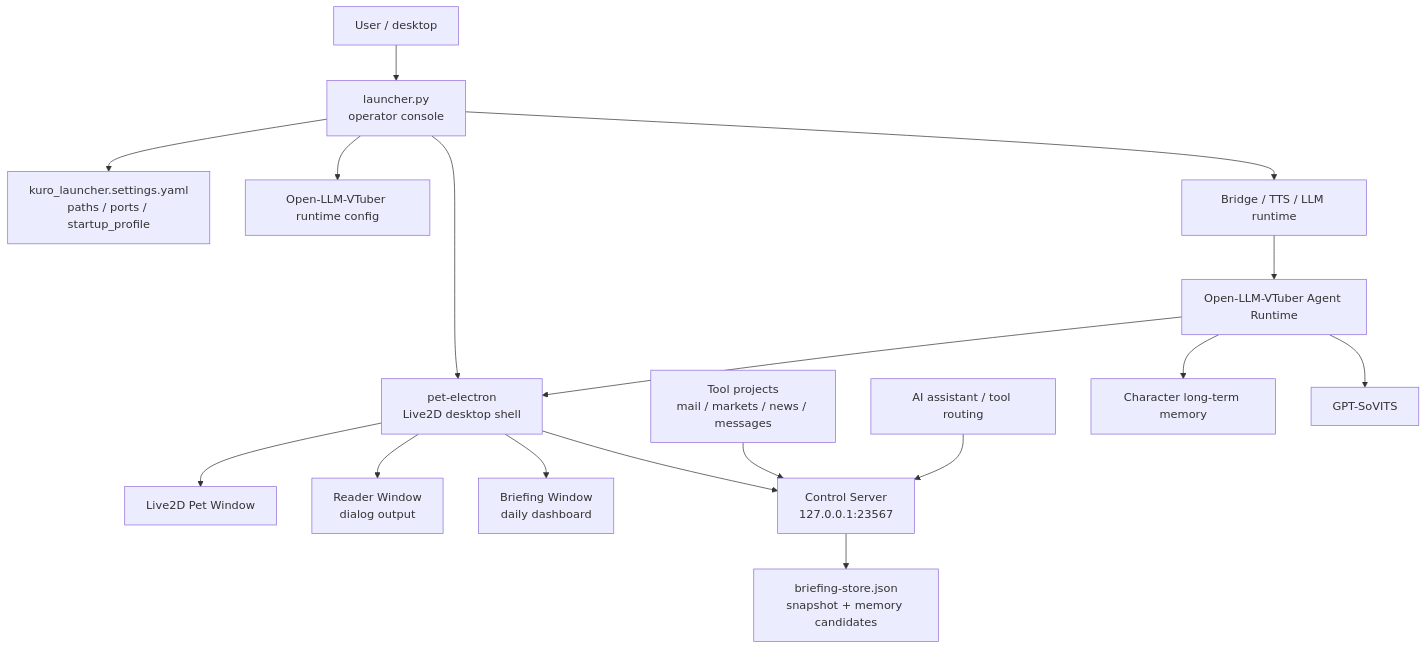
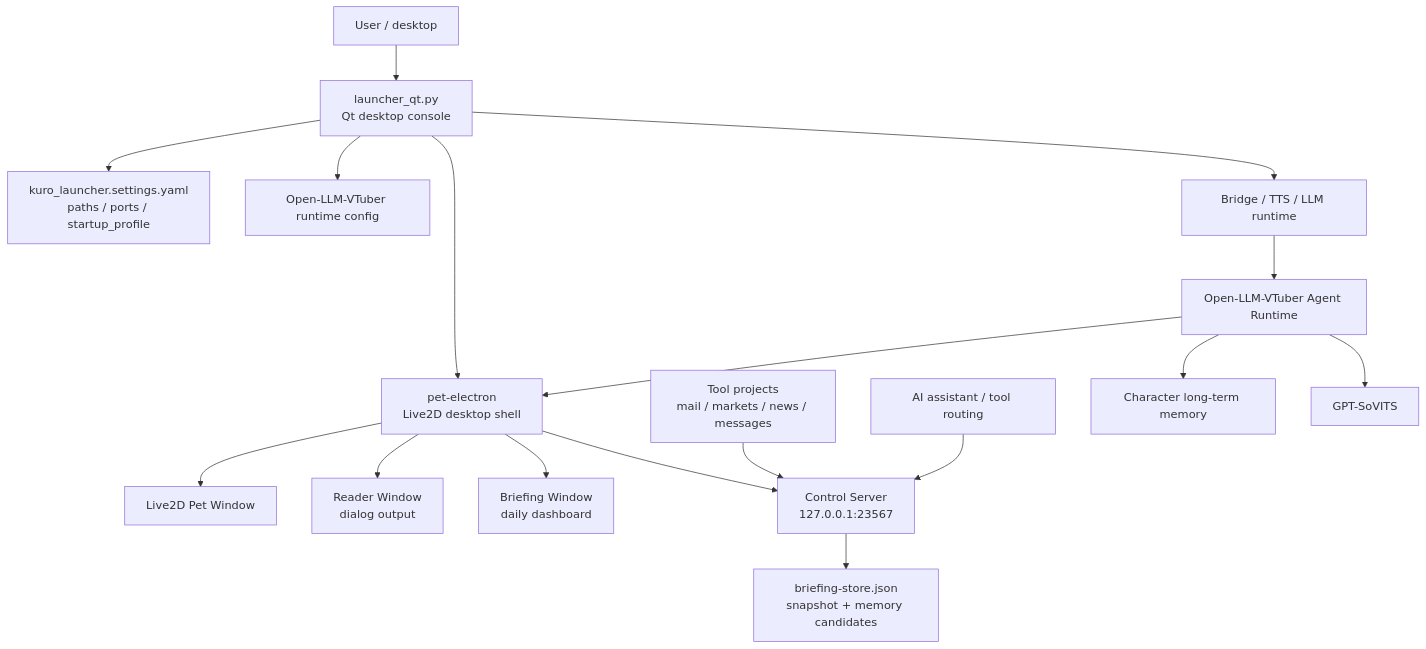
One commit to lulu930128/desktop-agent-runtime changed the first of 4 diagrams in README.md. Above: the diagram before and after it, drawn with Mermaid. The commit also changed other lines of this file and 24 other files, not shown here.

Commit message:
Integrate Qt desktop console and pet runtime controls

````diff
--- a/README.md
+++ b/README.md
@@ -62,22 +62,22 @@
 ```mermaid
 flowchart TD
-    User["User / desktop"] --> Launcher["launcher.py<br/>operator console"]
+    User["User / desktop"] --> Launcher["launcher_qt.py<br/>Qt desktop console"]
     Launcher --> Config["kuro_launcher.settings.yaml<br/>paths / ports / startup_profile"]
     Launcher --> RuntimeConf["Open-LLM-VTuber runtime config"]
     Launcher --> PetShell["pet-electron<br/>Live2D desktop shell"]
     Launcher --> Services["Bridge / TTS / LLM runtime"]
 
     PetShell --> MainWindow["Live2D Pet Window"]
     PetShell --> Reader["Reader Window<br/>dialog output"]
     PetShell --> Briefing["Briefing Window<br/>daily dashboard"]
     PetShell --> Control["Control Server<br/>127.0.0.1:23567"]
 
     Control --> BriefingStore["briefing-store.json<br/>snapshot + memory candidates"]
     Tools["Tool projects<br/>mail / markets / news / messages"] --> Control
     Agent["AI assistant / tool routing"] --> Control
 
     Services --> AgentRuntime["Open-LLM-VTuber Agent Runtime"]
     AgentRuntime --> Memory["Character long-term memory"]
     AgentRuntime --> TTS["GPT-SoVITS"]
     AgentRuntime --> PetShell
 ```
````
